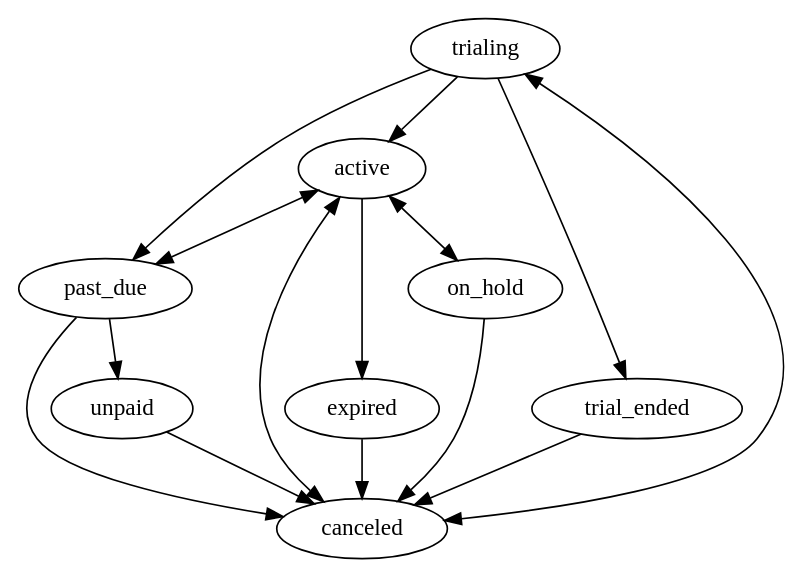
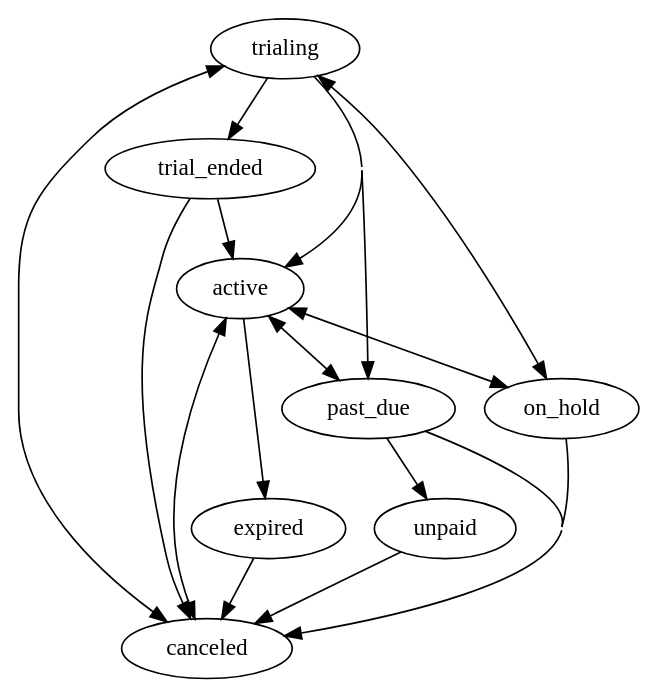
The diagram in subscription-states/subscription_states.dot (wsmoak/chargify-examples), drawn with Graphviz before and after one commit.

Commit message:
New state changes for on_hold and trial_ended (#2)
You can now put trialing subscriptions on hold. Also, an older change is reactivating trial_ended subscription

```diff
--- a/subscription-states/subscription_states.dot
+++ b/subscription-states/subscription_states.dot
@@ -1,21 +1,24 @@
 digraph subscription_states {
  concentrate=true;
  trialing -> active;
  trialing -> trial_ended;
  trialing -> past_due;
  trialing -> canceled;
+ trialing -> on_hold;
  trial_ended -> canceled;
+ trial_ended -> active;
  active -> canceled;
  active -> past_due;
  active -> expired;
  active -> on_hold
  past_due -> unpaid;
  past_due -> active;
  past_due -> canceled;
  unpaid -> canceled;
  expired -> canceled;
  canceled -> active;
  canceled -> trialing;
  on_hold -> active;
  on_hold -> canceled;
+ on_hold -> trialing;
 }
```
